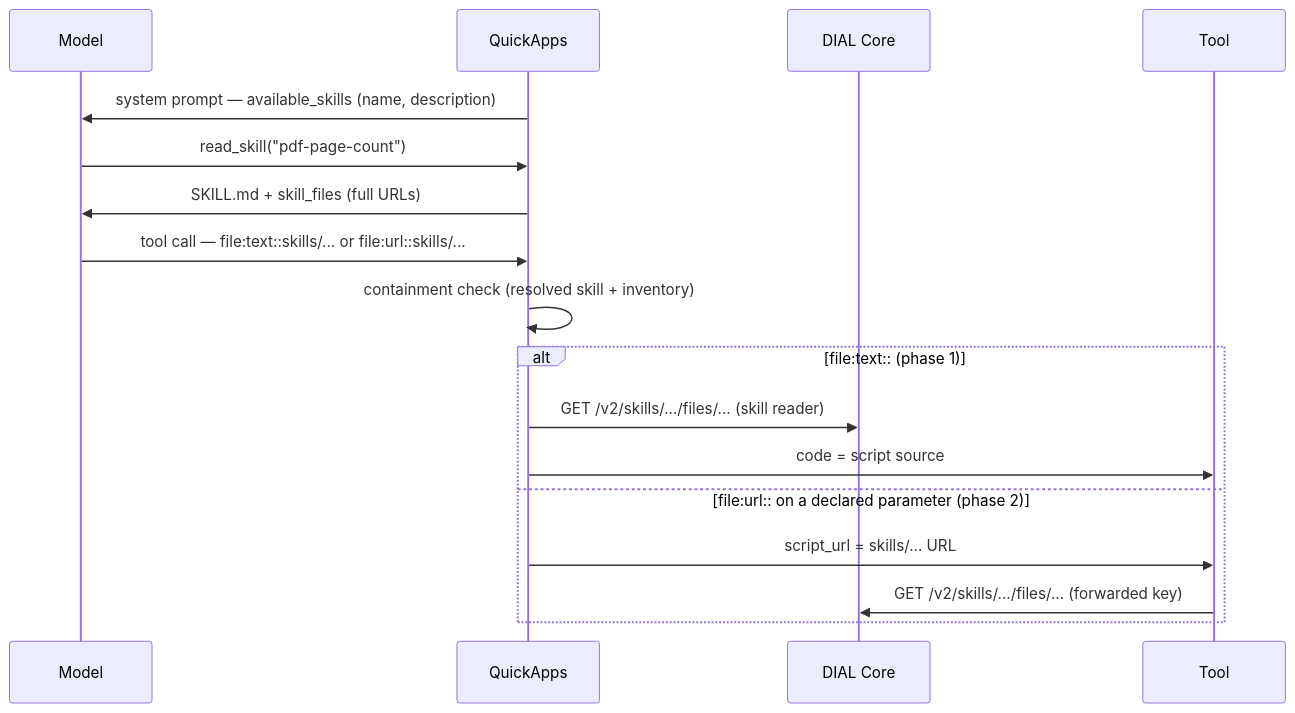
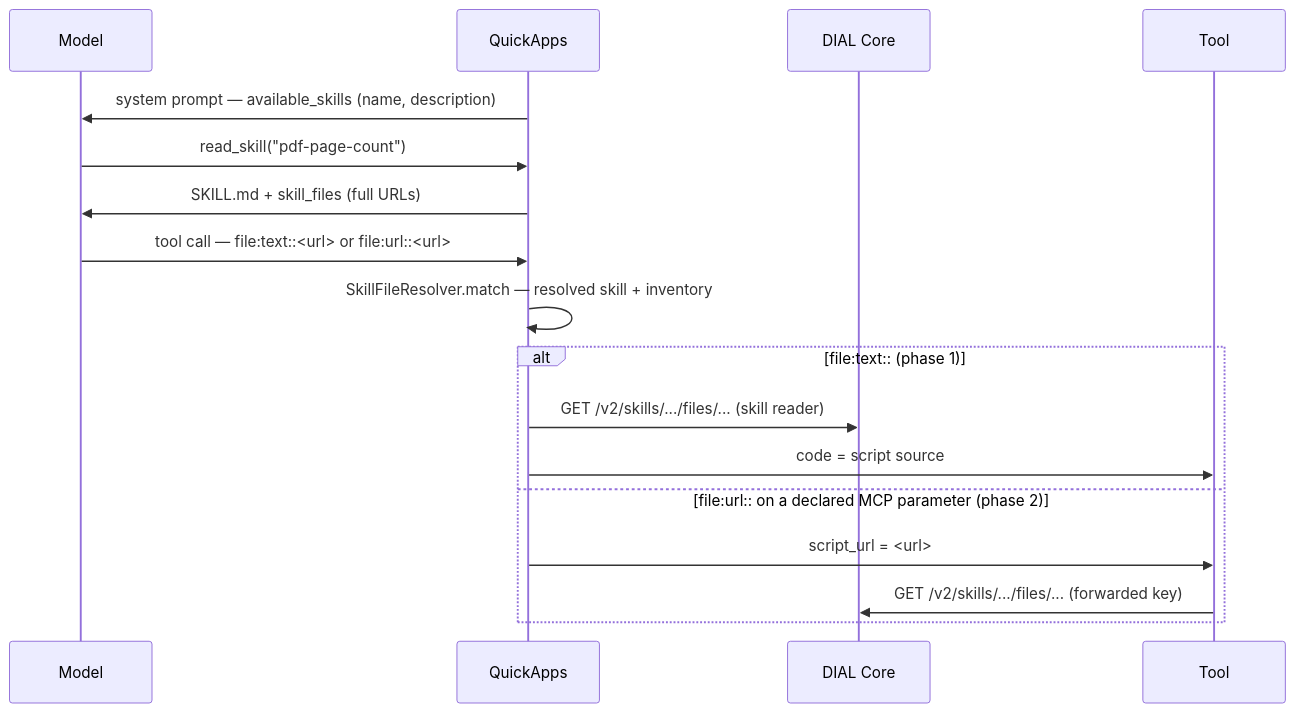
The diagram in docs/designs/skill_file_references.md (epam/ai-dial-quickapps-backend), drawn with Mermaid before and after one commit. The commit also changed other lines of this file, not shown here.

Commit message:
docs: address design review rounds 1-3 for skill file references (#420)

````diff
--- a/docs/designs/skill_file_references.md
+++ b/docs/designs/skill_file_references.md
@@ -106,19 +110,19 @@
 ```mermaid
 sequenceDiagram
     participant M as Model
     participant Q as QuickApps
     participant C as DIAL Core
     participant T as Tool
     Q->>M: system prompt — available_skills (name, description)
     M->>Q: read_skill("pdf-page-count")
     Q->>M: SKILL.md + skill_files (full URLs)
-    M->>Q: tool call — file:text::skills/... or file:url::skills/...
-    Q->>Q: containment check (resolved skill + inventory)
+    M->>Q: tool call — file:text::<url> or file:url::<url>
+    Q->>Q: SkillFileResolver.match — resolved skill + inventory
     alt file:text:: (phase 1)
         Q->>C: GET /v2/skills/.../files/... (skill reader)
         Q->>T: code = script source
-    else file:url:: on a declared parameter (phase 2)
-        Q->>T: script_url = skills/... URL
+    else file:url:: on a declared MCP parameter (phase 2)
+        Q->>T: script_url = <url>
         T->>C: GET /v2/skills/.../files/... (forwarded key)
     end
 ```
````
